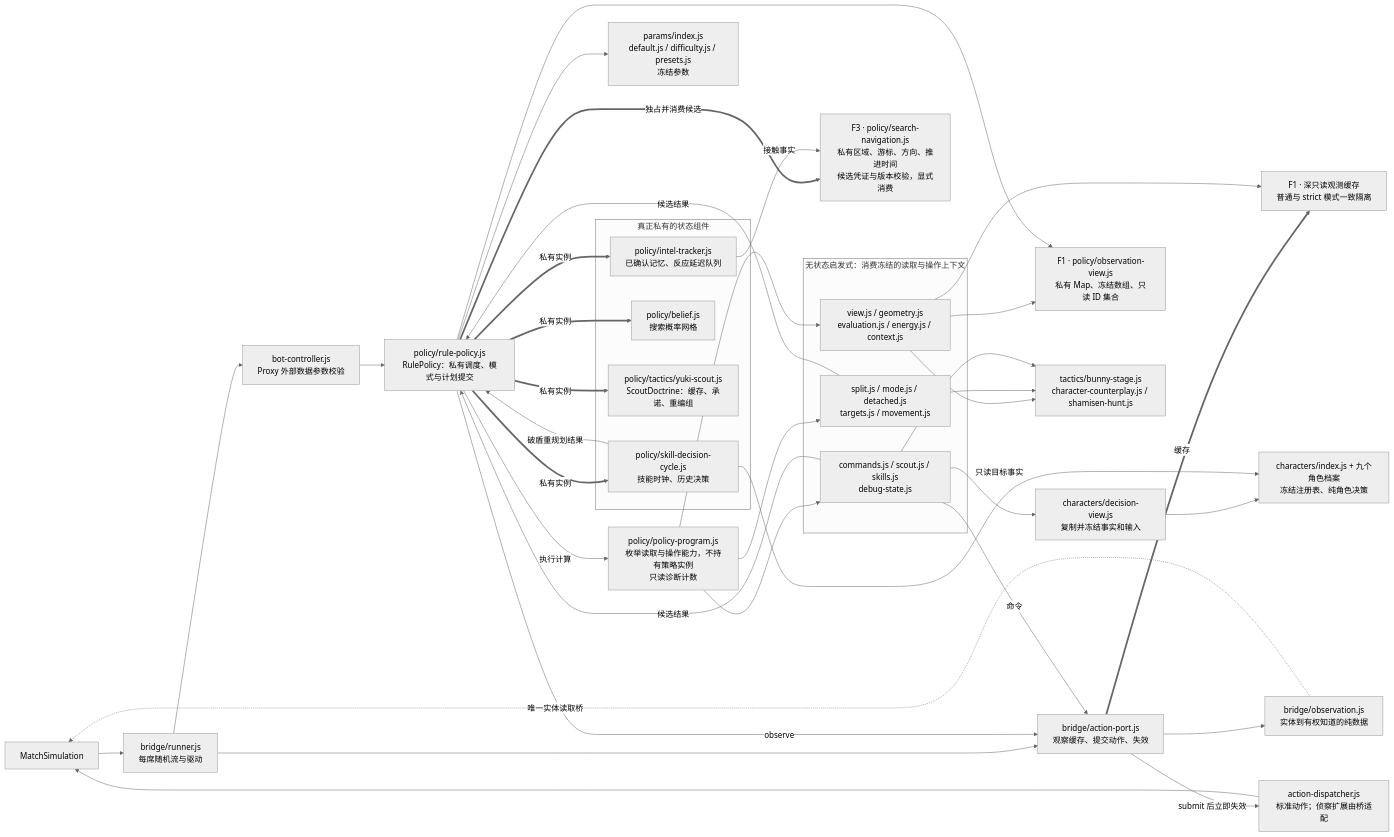
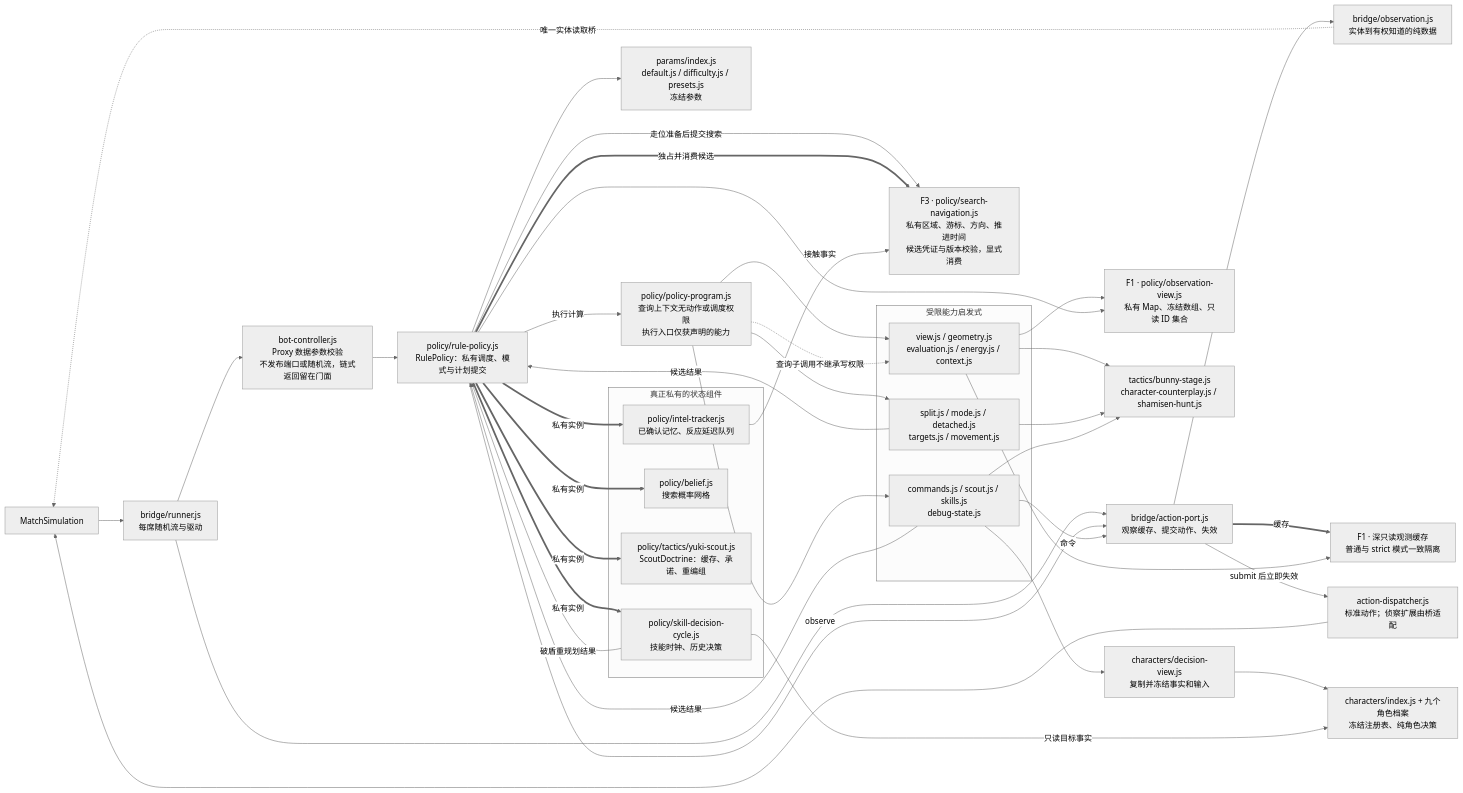
One commit to Haruhi-Labs/TDOS changed the fifth of 8 diagrams in docs/architecture-map.md. Above: the diagram before and after it, drawn with Mermaid (neutral theme). The commit also changed other lines of this file and 4 other files, not shown here.

Commit message:
docs(architecture): 更新角色调用链复查与验收证据

````diff
--- a/docs/architecture-map.md
+++ b/docs/architecture-map.md
@@ -253,52 +256,54 @@
 ```mermaid
 flowchart LR
   MATCH["MatchSimulation"]
   RUN["bridge/runner.js<br/>每席随机流与驱动"]
-  BOT["bot-controller.js<br/>Proxy 外部数据参数校验"]
+  BOT["bot-controller.js<br/>Proxy 数据参数校验<br/>不发布端口或随机流，链式返回留在门面"]
   RP["policy/rule-policy.js<br/>RulePolicy：私有调度、模式与计划提交"]
   OBSBUILD["bridge/observation.js<br/>实体到有权知道的纯数据"]
   PORT["bridge/action-port.js<br/>观察缓存、提交动作、失效"]
   OBS["F1 · 深只读观测缓存<br/>普通与 strict 模式一致隔离"]
   INDEX["F1 · policy/observation-view.js<br/>私有 Map、冻结数组、只读 ID 集合"]
   PARAM["params/index.js<br/>default.js / difficulty.js / presets.js<br/>冻结参数"]
   subgraph private[真正私有的状态组件]
     INTEL["policy/intel-tracker.js<br/>已确认记忆、反应延迟队列"]
     BELIEF["policy/belief.js<br/>搜索概率网格"]
     SCOUT["policy/tactics/yuki-scout.js<br/>ScoutDoctrine：缓存、承诺、重编组"]
     SKILL["policy/skill-decision-cycle.js<br/>技能时钟、历史决策"]
   end
-  subgraph heuristics[无状态启发式：消费冻结的读取与操作上下文]
+  subgraph heuristics[受限能力启发式]
     READ["view.js / geometry.js<br/>evaluation.js / energy.js / context.js"]
     PLAN["split.js / mode.js / detached.js<br/>targets.js / movement.js"]
     ACT["commands.js / scout.js / skills.js<br/>debug-state.js"]
   end
   SEARCH["F3 · policy/search-navigation.js<br/>私有区域、游标、方向、推进时间<br/>候选凭证与版本校验，显式消费"]
   TACTIC["tactics/bunny-stage.js<br/>character-counterplay.js / shamisen-hunt.js"]
   FACT["characters/decision-view.js<br/>复制并冻结事实和输入"]
   PROFILE["characters/index.js + 九个角色档案<br/>冻结注册表、纯角色决策"]
   DISPATCH["action-dispatcher.js<br/>标准动作；侦察扩展由桥适配"]
   MATCH --> RUN
   RUN --> BOT --> RP
   RUN --> PORT
   PORT --> OBSBUILD
   OBSBUILD -.->|唯一实体读取桥| MATCH
   PORT ==>|缓存| OBS
   RP -->|observe| PORT
   READ --> OBS & INDEX
   RP --> PARAM
   RP ==>|私有实例| INTEL & BELIEF & SCOUT & SKILL
-  PROGRAM["policy/policy-program.js<br/>枚举读取与操作能力，不持有策略实例<br/>只读诊断计数"]
+  PROGRAM["policy/policy-program.js<br/>查询上下文无动作或调度权限<br/>执行入口仅获声明的能力"]
   RP -->|执行计算| PROGRAM
   PROGRAM --> READ & PLAN & ACT
+  RP -->|走位准备后提交搜索| SEARCH
+  PROGRAM -.->|查询子调用不继承写权限| READ
   PLAN & ACT -->|候选结果| RP
   RP ==>|独占并消费候选| SEARCH
   INTEL -->|接触事实| SEARCH
   RP --> INDEX
   READ & PLAN & ACT --> TACTIC
   ACT --> FACT --> PROFILE
   SKILL -->|只读目标事实| PROFILE
   SKILL -->|破盾重规划结果| RP
   ACT -->|命令| PORT
   PORT -->|submit 后立即失效| DISPATCH
   DISPATCH --> MATCH
 ```
````
